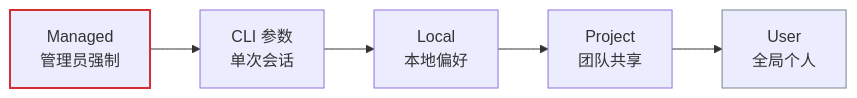
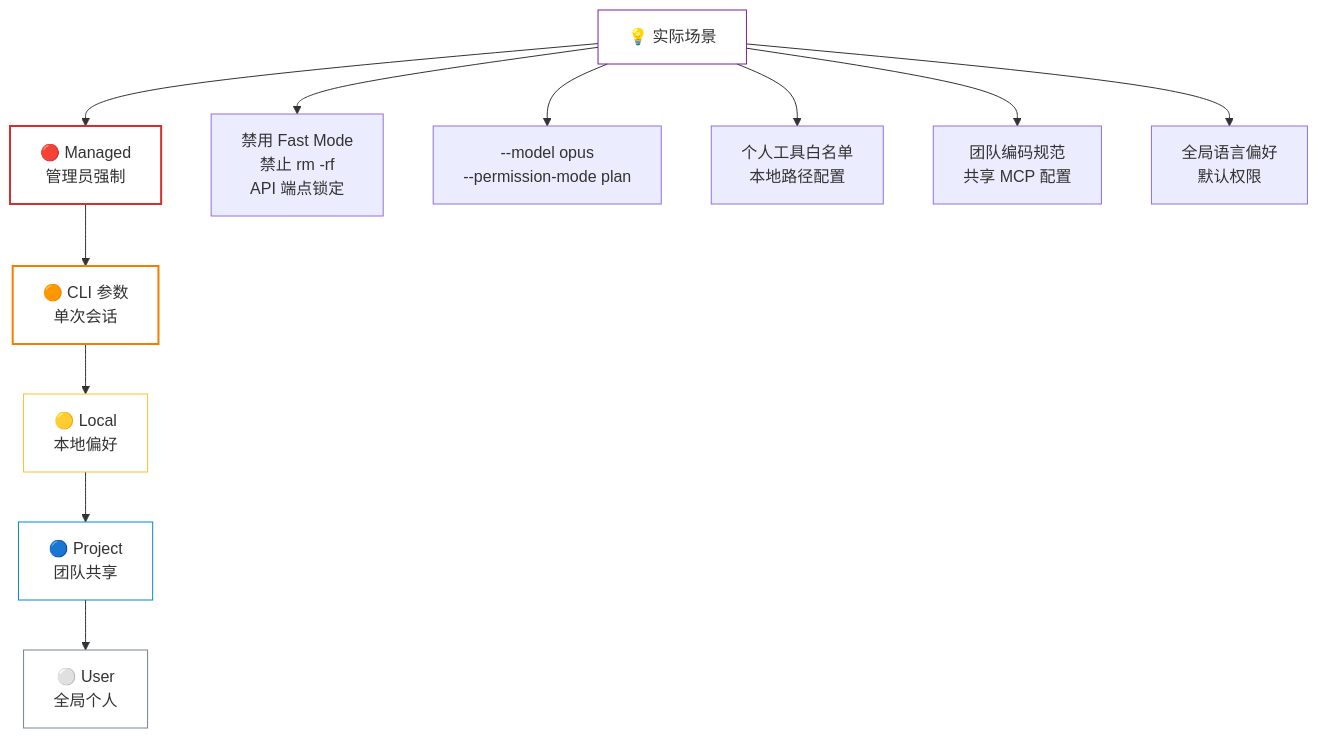
The diagram in docs/topic/ai/claude-code/configuration/index.md (luguosong/programming-notes), drawn with Mermaid before and after one commit. The commit also changed other lines of this file and 19 other files, not shown here.

````diff
--- a/docs/topic/ai/claude-code/configuration/index.md
+++ b/docs/topic/ai/claude-code/configuration/index.md
@@ -22,9 +23,21 @@
 ``` mermaid
-graph LR
-    A[Managed<br/>管理员强制] --> B[CLI 参数<br/>单次会话]
-    B --> C[Local<br/>本地偏好]
-    C --> D[Project<br/>团队共享]
-    D --> E[User<br/>全局个人]
-    style A stroke:#d32f2f,stroke-width:2px
-    style E stroke:#768390,stroke-width:1px
+graph TD
+    A["🔴 Managed<br/>管理员强制"] --> B["🟠 CLI 参数<br/>单次会话"]
+    B --> C["🟡 Local<br/>本地偏好"]
+    C --> D["🔵 Project<br/>团队共享"]
+    D --> E["⚪ User<br/>全局个人"]
+
+    F["💡 实际场景"] --> A
+    F --> G["禁用 Fast Mode<br/>禁止 rm -rf<br/>API 端点锁定"]
+    F --> H["--model opus<br/>--permission-mode plan"]
+    F --> I["个人工具白名单<br/>本地路径配置"]
+    F --> J["团队编码规范<br/>共享 MCP 配置"]
+    F --> K["全局语言偏好<br/>默认权限"]
+
+    style A fill:transparent,stroke:#d32f2f,stroke-width:2px
+    style B fill:transparent,stroke:#f57c00,stroke-width:2px
+    style C fill:transparent,stroke:#fbc02d,stroke-width:1px
+    style D fill:transparent,stroke:#0288d1,stroke-width:1px
+    style E fill:transparent,stroke:#768390,stroke-width:1px
+    style F fill:transparent,stroke:#7b1fa2,stroke-width:1px
 ```
````
